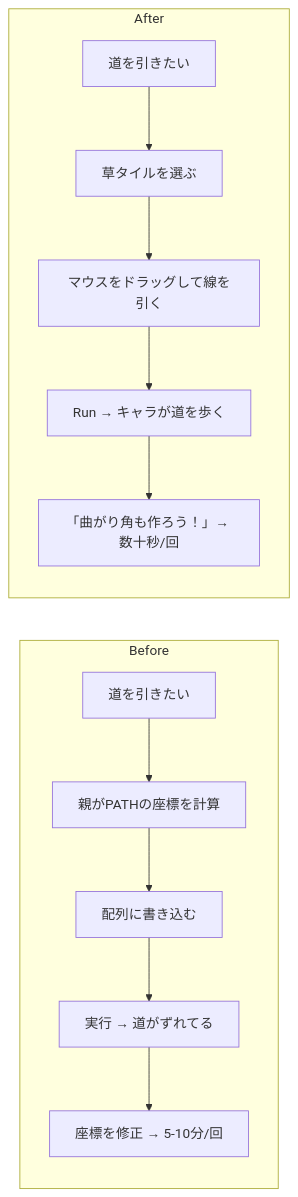
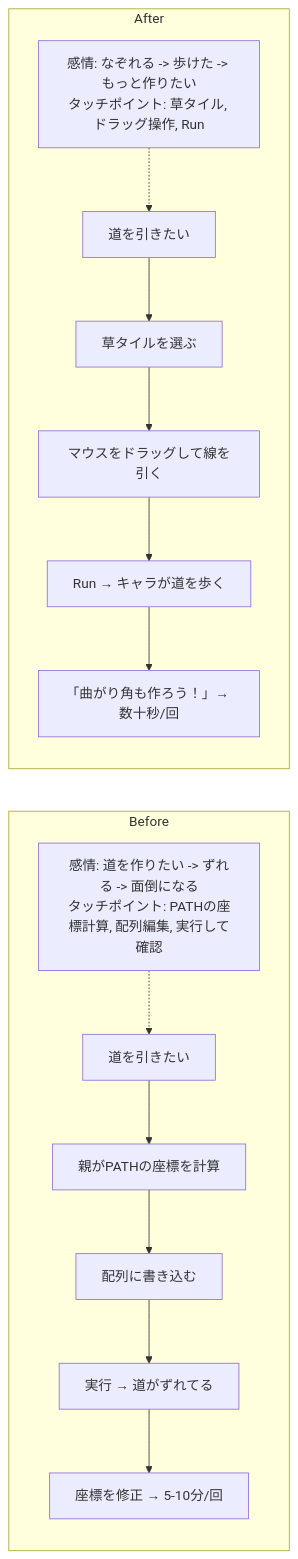
One commit to tatsuro-ueda/code-quest-pyxel changed the second of 42 diagrams in docs/product-requirements/customer-journeys.md. Above: the diagram before and after it, drawn with Mermaid. The commit also changed other lines of this file and 23 other files, not shown here.

````diff
--- a/docs/product-requirements/customer-journeys.md
+++ b/docs/product-requirements/customer-journeys.md
@@ -37,15 +43,19 @@
 ```mermaid
 flowchart LR
     subgraph Before["Before"]
+        BM["感情: 道を作りたい -> ずれる -> 面倒になる<br/>タッチポイント: PATHの座標計算, 配列編集, 実行して確認"]
+        BM -.-> B1
         B1[道を引きたい] --> B2[親がPATHの座標を計算]
         B2 --> B3[配列に書き込む]
         B3 --> B4[実行 → 道がずれてる]
         B4 --> B5[座標を修正 → 5-10分/回]
     end
     subgraph After["After"]
+        AM["感情: なぞれる -> 歩けた -> もっと作りたい<br/>タッチポイント: 草タイル, ドラッグ操作, Run"]
+        AM -.-> A1
         A1[道を引きたい] --> A2[草タイルを選ぶ]
         A2 --> A3[マウスをドラッグして線を引く]
         A3 --> A4[Run → キャラが道を歩く]
         A4 --> A5[「曲がり角も作ろう！」→ 数十秒/回]
     end
 ```
````
